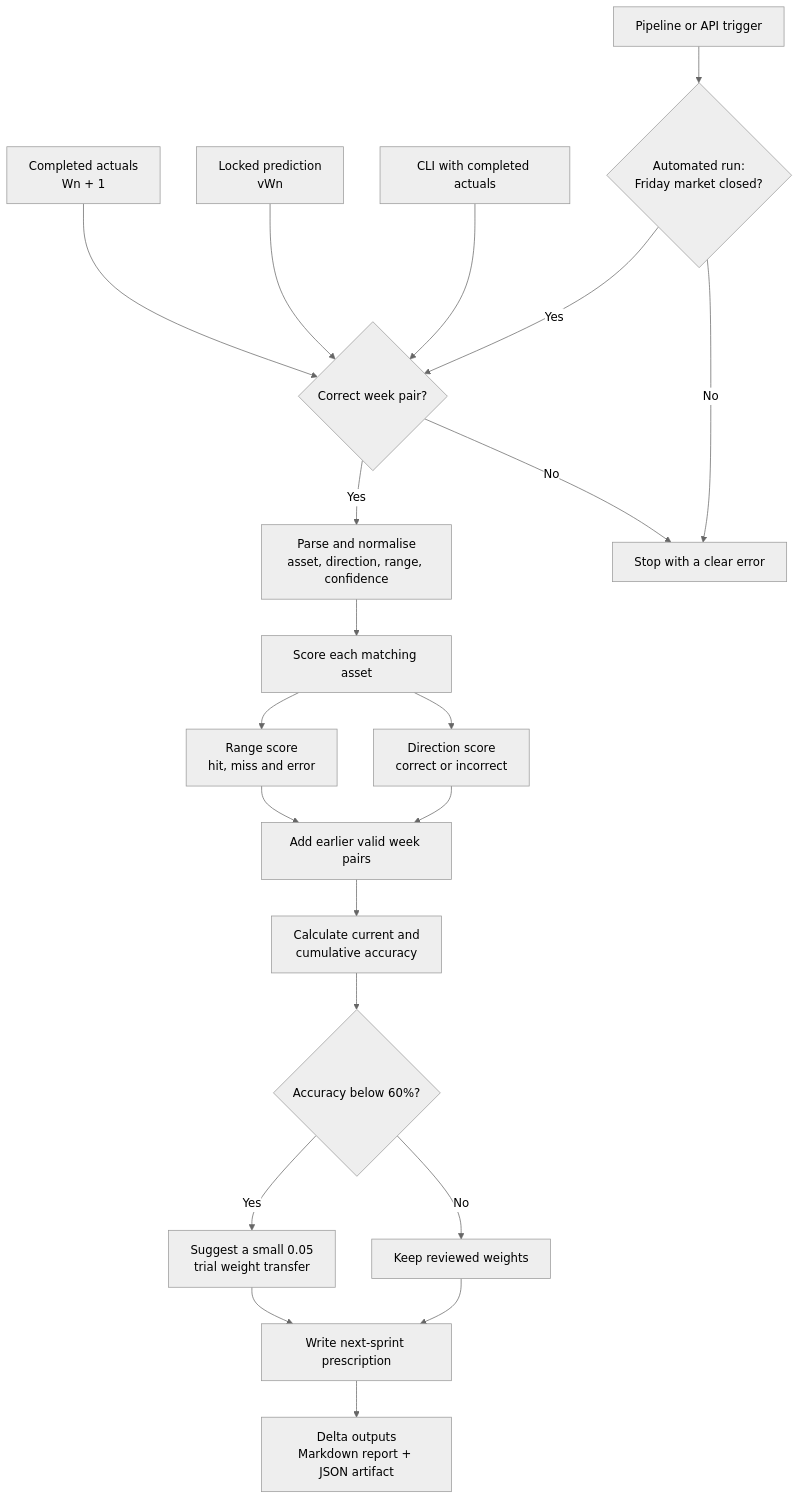
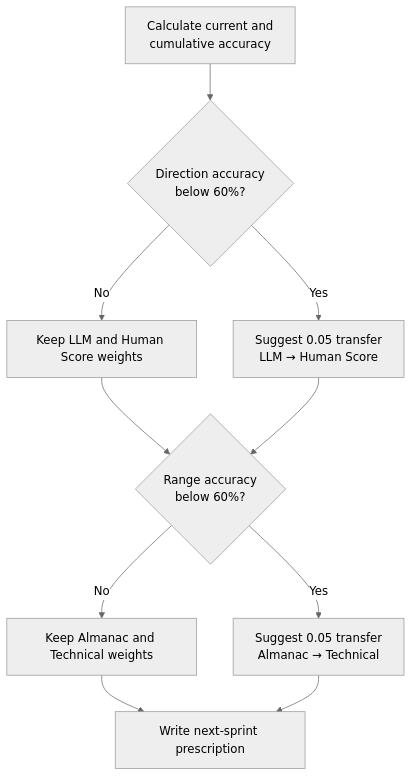
The first of 3 diagrams in README.md (sinder38/Team-1-Prac-A-Project), drawn with Mermaid (neutral theme) before and after one commit.

````diff
--- a/README.md
+++ b/README.md
@@ -313,42 +313,21 @@
 ```mermaid
 flowchart TD
-    P["Locked prediction<br/>vWn"]
-    A["Completed actuals<br/>Wn + 1"]
-    AUTO["Pipeline or API trigger"]
-    MANUAL["CLI with completed actuals"]
-    F{"Automated run:<br/>Friday market closed?"}
-    V{"Correct week pair?"}
-    N["Parse and normalise<br/>asset, direction, range, confidence"]
-    S["Score each matching asset"]
-    D["Direction score<br/>correct or incorrect"]
-    R["Range score<br/>hit, miss and error"]
-    H["Add earlier valid week pairs"]
     C["Calculate current and<br/>cumulative accuracy"]
-    W{"Accuracy below 60%?"}
-    K["Keep reviewed weights"]
-    T["Suggest a small 0.05<br/>trial weight transfer"]
+    WD{"Direction accuracy<br/>below 60%?"}
+    WR{"Range accuracy<br/>below 60%?"}
+    DKEEP["Keep LLM and Human Score weights"]
+    DSHIFT["Suggest 0.05 transfer<br/>LLM → Human Score"]
+    RKEEP["Keep Almanac and Technical weights"]
+    RSHIFT["Suggest 0.05 transfer<br/>Almanac → Technical"]
     X["Write next-sprint prescription"]
-    O["Delta outputs<br/>Markdown report + JSON artifact"]
-    E["Stop with a clear error"]
 
-    AUTO --> F
-    F -->|No| E
-    F -->|Yes| V
-    MANUAL --> V
-    P --> V
-    A --> V
-    V -->|No| E
-    V -->|Yes| N
-    N --> S
-    S --> D
-    S --> R
-    D --> H
-    R --> H
-    H --> C
-    C --> W
-    W -->|No| K
-    W -->|Yes| T
-    K --> X
-    T --> X
-    X --> O
+    C --> WD
+    WD -->|No| DKEEP
+    WD -->|Yes| DSHIFT
+    DKEEP --> WR
+    DSHIFT --> WR
+    WR -->|No| RKEEP
+    WR -->|Yes| RSHIFT
+    RKEEP --> X
+    RSHIFT --> X
 ```
````
